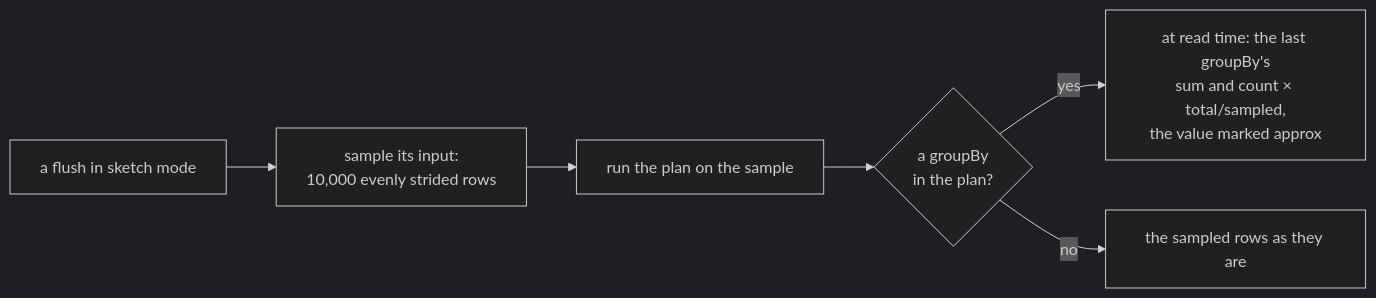
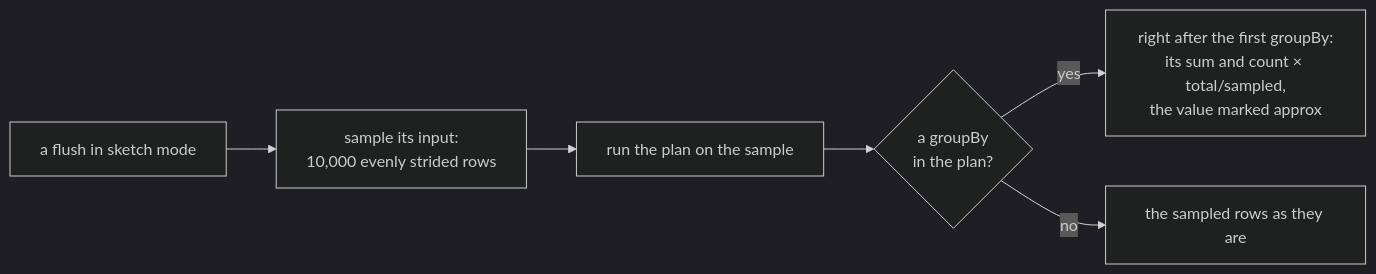
The fourth of 4 diagrams in tree/specs/computation/frame-verbs.md (bubba8587/solenoid), drawn with Mermaid (dark theme) before and after one commit. The commit also changed other lines of this file and 6 other files, not shown here.

First line of the commit message:
A sampled GROUPBY scales its totals before the ops after it read them

````diff
--- a/tree/specs/computation/frame-verbs.md
+++ b/tree/specs/computation/frame-verbs.md
@@ -229,8 +229,8 @@
 ```mermaid
 flowchart LR
     flush["a flush in sketch mode"] --> samp["sample its input:<br>10,000 evenly strided rows"]
     samp --> run["run the plan on the sample"]
     run --> g{"a groupBy<br>in the plan?"}
-    g -->|yes| scale["at read time: the last groupBy's<br>sum and count × total/sampled,<br>the value marked approx"]
+    g -->|yes| scale["right after the first groupBy:<br>its sum and count × total/sampled,<br>the value marked approx"]
     g -->|no| plain["the sampled rows as they are"]
 ```
````
